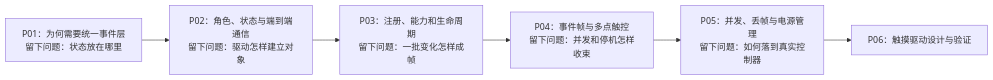
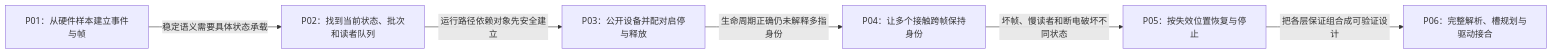
The diagram in knowledge/driver_model/input/大纲.md (FormingSystem/linux_note), drawn with Mermaid before and after one commit. The commit also changed other lines of this file and 11 other files, not shown here.

````diff
--- a/knowledge/driver_model/input/大纲.md
+++ b/knowledge/driver_model/input/大纲.md
@@ -20,10 +22,14 @@
 ```mermaid
 flowchart LR
-    P1["P01：为何需要统一事件层<br/>留下问题：状态放在哪里"]
-    P2["P02：角色、状态与端到端通信<br/>留下问题：驱动怎样建立对象"]
-    P3["P03：注册、能力和生命周期<br/>留下问题：一批变化怎样成帧"]
-    P4["P04：事件帧与多点触控<br/>留下问题：并发和停机怎样收束"]
-    P5["P05：并发、丢帧与电源管理<br/>留下问题：如何落到真实控制器"]
-    P6["P06：触摸驱动设计与验证"]
-    P1 --> P2 --> P3 --> P4 --> P5 --> P6
+    P1["P01：从硬件样本建立事件与帧"]
+    P2["P02：找到当前状态、批次和读者队列"]
+    P3["P03：公开设备并配对启停与释放"]
+    P4["P04：让多个接触跨帧保持身份"]
+    P5["P05：按失效位置恢复与停止"]
+    P6["P06：完整解析、槽规划与驱动接合"]
+    P1 -->|"稳定语义需要具体状态承载"| P2
+    P2 -->|"运行路径依赖对象先安全建立"| P3
+    P3 -->|"生命周期正确仍未解释多指身份"| P4
+    P4 -->|"坏帧、慢读者和断电破坏不同状态"| P5
+    P5 -->|"把各层保证组合成可验证设计"| P6
 ```
````
